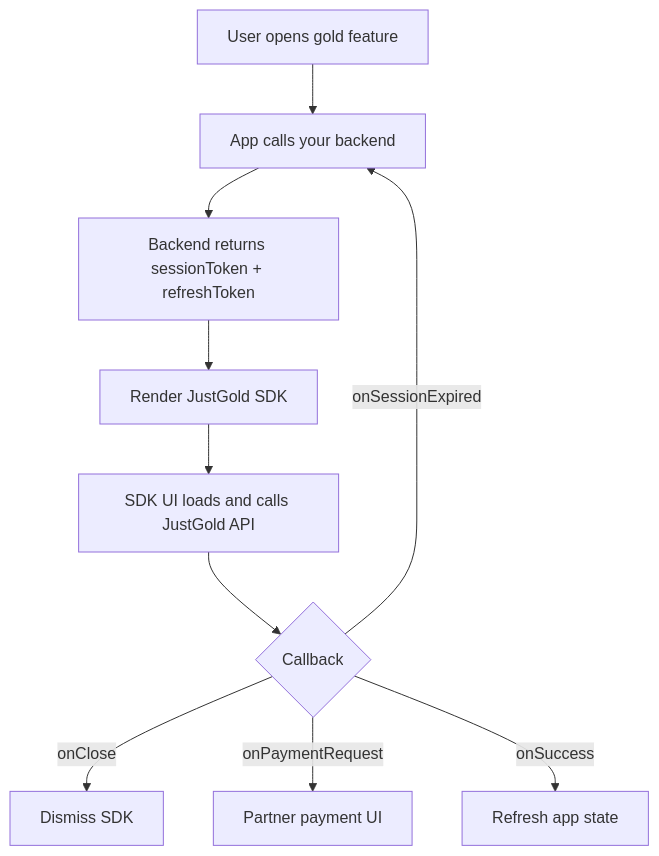
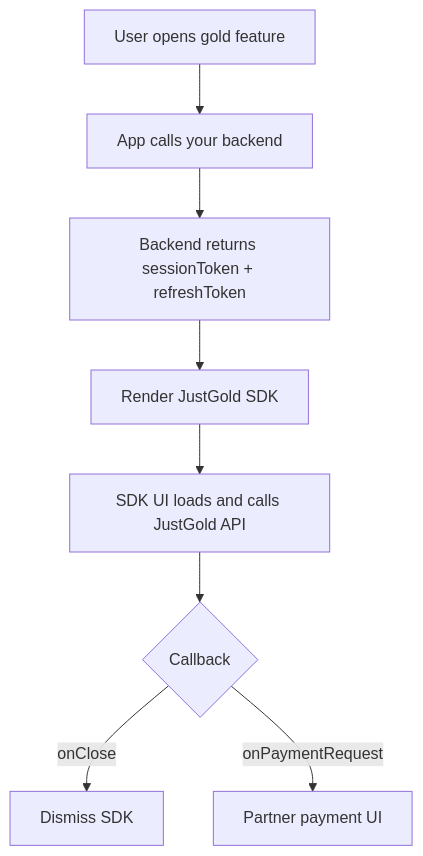
One commit to Just-Gold-JG/docs changed the diagram in sdk/flutter.md. Above: the diagram before and after it, drawn with Mermaid. The commit also changed other lines of this file and 3 other files, not shown here.

````diff
--- a/sdk/flutter.md
+++ b/sdk/flutter.md
@@ -9,12 +9,12 @@
 ```mermaid
 flowchart TD
     A[User opens gold feature] --> B[App calls your backend]
     B --> C[Backend returns sessionToken + refreshToken]
     C --> D[Render JustGold SDK]
     D --> E[SDK UI loads and calls JustGold API]
     E --> F{Callback}
     F -->|onClose| G[Dismiss SDK]
     F -->|onPaymentRequest| H[Partner payment UI]
-    F -->|onSuccess| I[Refresh app state]
-    F -->|onSessionExpired| B
+
+
 ```
````
